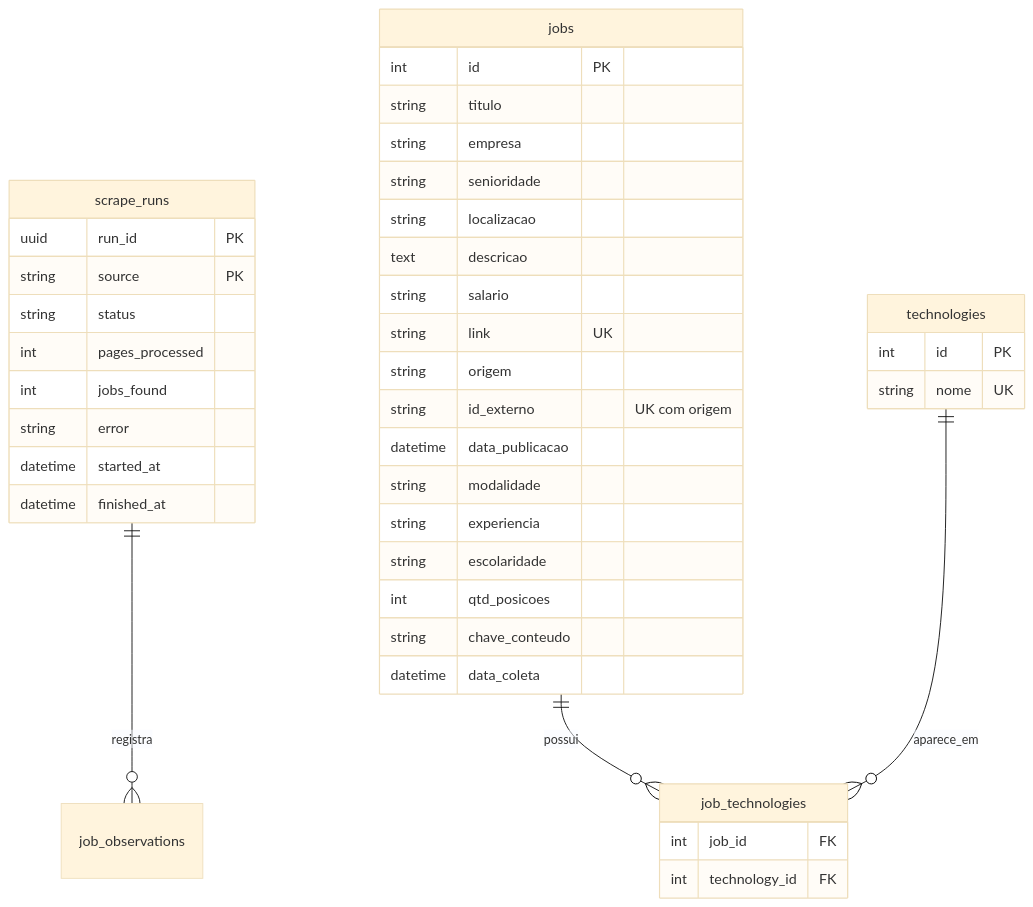
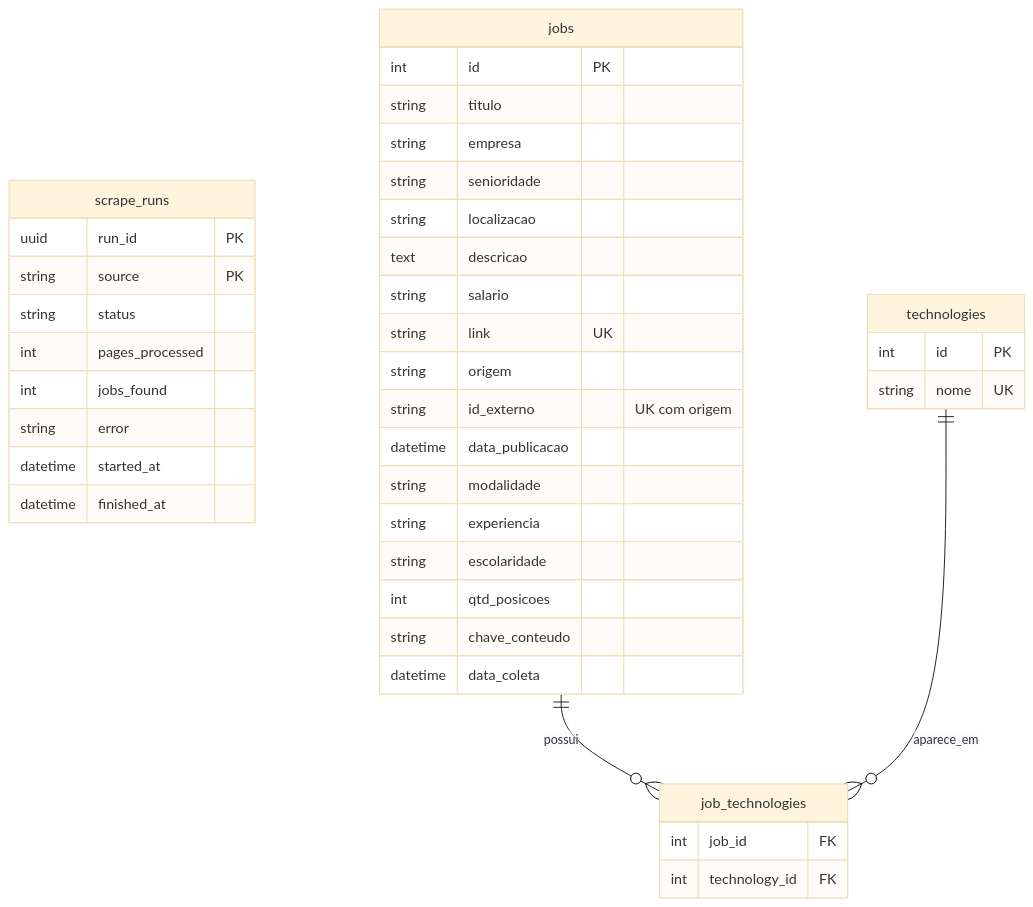
The second of 3 diagrams in README.md (Willian-Cruz/hub_vagas), drawn with Mermaid (base theme) before and after one commit. The commit also changed other lines of this file and 6 other files, not shown here.

````diff
--- a/README.md
+++ b/README.md
@@ -55,43 +55,42 @@
 ```mermaid
 erDiagram
-    scrape_runs ||--o{ job_observations : registra
     scrape_runs {
         uuid run_id PK
         string source PK
         string status
         int pages_processed
         int jobs_found
         string error
         datetime started_at
         datetime finished_at
     }
     jobs ||--o{ job_technologies : possui
     technologies ||--o{ job_technologies : aparece_em
     jobs {
         int id PK
         string titulo
         string empresa
         string senioridade
         string localizacao
         text descricao
         string salario
         string link UK
         string origem
         string id_externo "UK com origem"
         datetime data_publicacao
         string modalidade
         string experiencia
         string escolaridade
         int qtd_posicoes
         string chave_conteudo
         datetime data_coleta
     }
     technologies {
         int id PK
         string nome UK
     }
     job_technologies {
         int job_id FK
         int technology_id FK
     }
 ```
````
